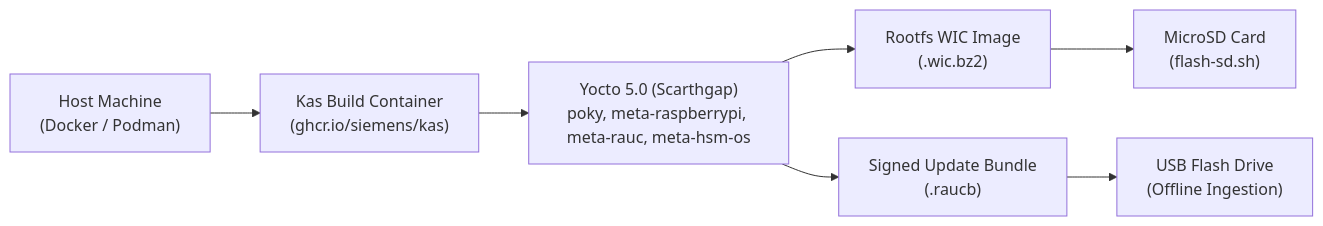
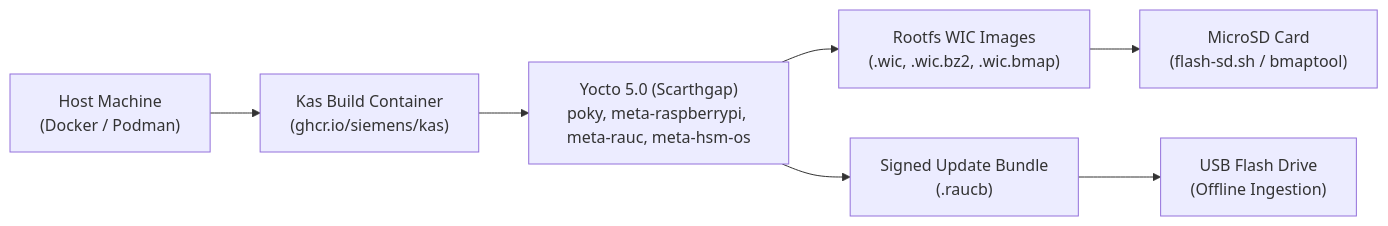
One commit to gpfister/hsm-obsidian changed the first of 3 diagrams in Development/Yocto Build and RAUC Update Guide.md. Above: the diagram before and after it, drawn with Mermaid. The commit also changed other lines of this file and 6 other files, not shown here.

Commit message:
docs(vault): record uncompressed WIC image specification, plan, and post-merge status

````diff
--- a/Development/Yocto Build and RAUC Update Guide.md
+++ b/Development/Yocto Build and RAUC Update Guide.md
@@ -27,9 +27,9 @@
 ```mermaid
 flowchart LR
     HOST["Host Machine\n(Docker / Podman)"] --> KAS["Kas Build Container\n(ghcr.io/siemens/kas)"]
     KAS --> LAYERS["Yocto 5.0 (Scarthgap)\npoky, meta-raspberrypi, meta-rauc, meta-hsm-os"]
-    LAYERS --> WIC["Rootfs WIC Image\n(.wic.bz2)"]
+    LAYERS --> WIC["Rootfs WIC Images\n(.wic, .wic.bz2, .wic.bmap)"]
     LAYERS --> RAUCB["Signed Update Bundle\n(.raucb)"]
-    WIC --> SD["MicroSD Card\n(flash-sd.sh)"]
+    WIC --> SD["MicroSD Card\n(flash-sd.sh / bmaptool)"]
     RAUCB --> USB["USB Flash Drive\n(Offline Ingestion)"]
 ```
````
